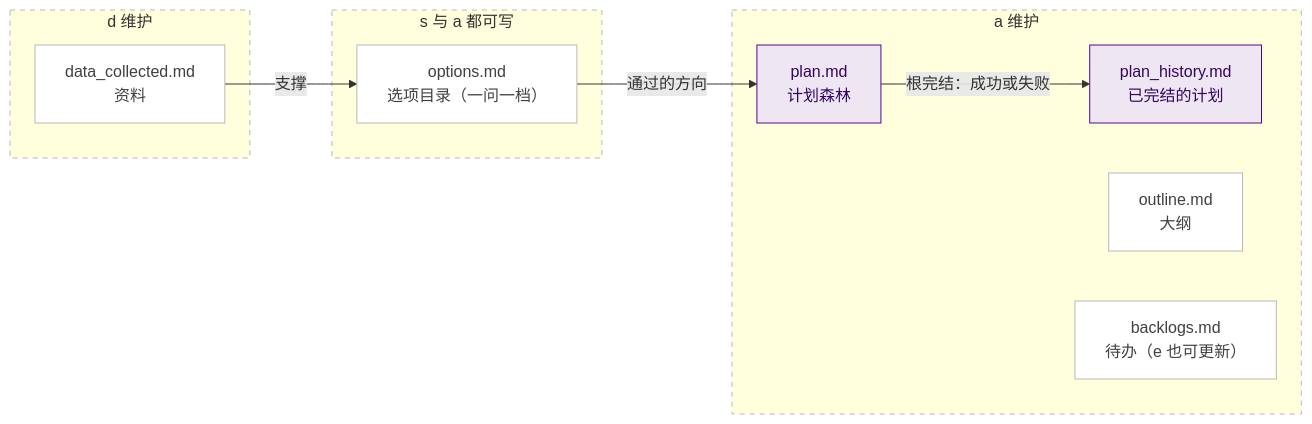
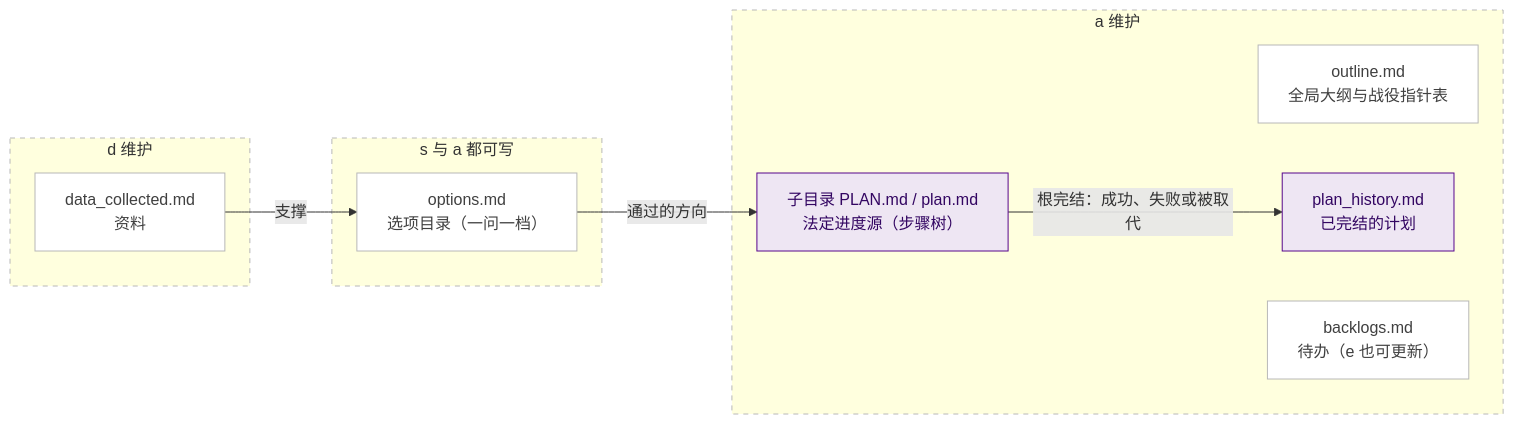
One commit to asj252/persona-masks-cn changed the second of 2 diagrams in README.md. Above: the diagram before and after it, drawn with Mermaid. The commit also changed other lines of this file and 26 other files, not shown here.

````diff
--- a/README.md
+++ b/README.md
@@ -61,25 +61,25 @@
 ```mermaid
 flowchart LR
   subgraph collector["d 维护"]
     DC["data_collected.md<br/>资料"]
   end
-  subgraph seeker["s 与 a 都可写"]
+  subgraph spark["s 与 a 都可写"]
     OP["options.md<br/>选项目录（一问一档）"]
   end
   subgraph architect["a 维护"]
-    P["plan.md<br/>计划森林"]
+    O["outline.md<br/>全局大纲与战役指针表"]
+    P["子目录 PLAN.md / plan.md<br/>法定进度源（步骤树）"]
     H["plan_history.md<br/>已完结的计划"]
-    O["outline.md<br/>大纲"]
     B["backlogs.md<br/>待办（e 也可更新）"]
   end
   DC -->|"支撑"| OP
   OP -->|"通过的方向"| P
-  P -->|"根完结：成功或失败"| H
+  P -->|"根完结：成功、失败或被取代"| H
   classDef box fill:#FFFFFF,stroke:#B8B8B8,color:#404040
   classDef key fill:#EEE6F3,stroke:#57068C,color:#330662
   class DC,OP,O,B box
   class P,H key
   style collector stroke:#B8B8B8,stroke-dasharray:5 5
-  style seeker stroke:#B8B8B8,stroke-dasharray:5 5
+  style spark stroke:#B8B8B8,stroke-dasharray:5 5
   style architect stroke:#B8B8B8,stroke-dasharray:5 5
 ```
````
